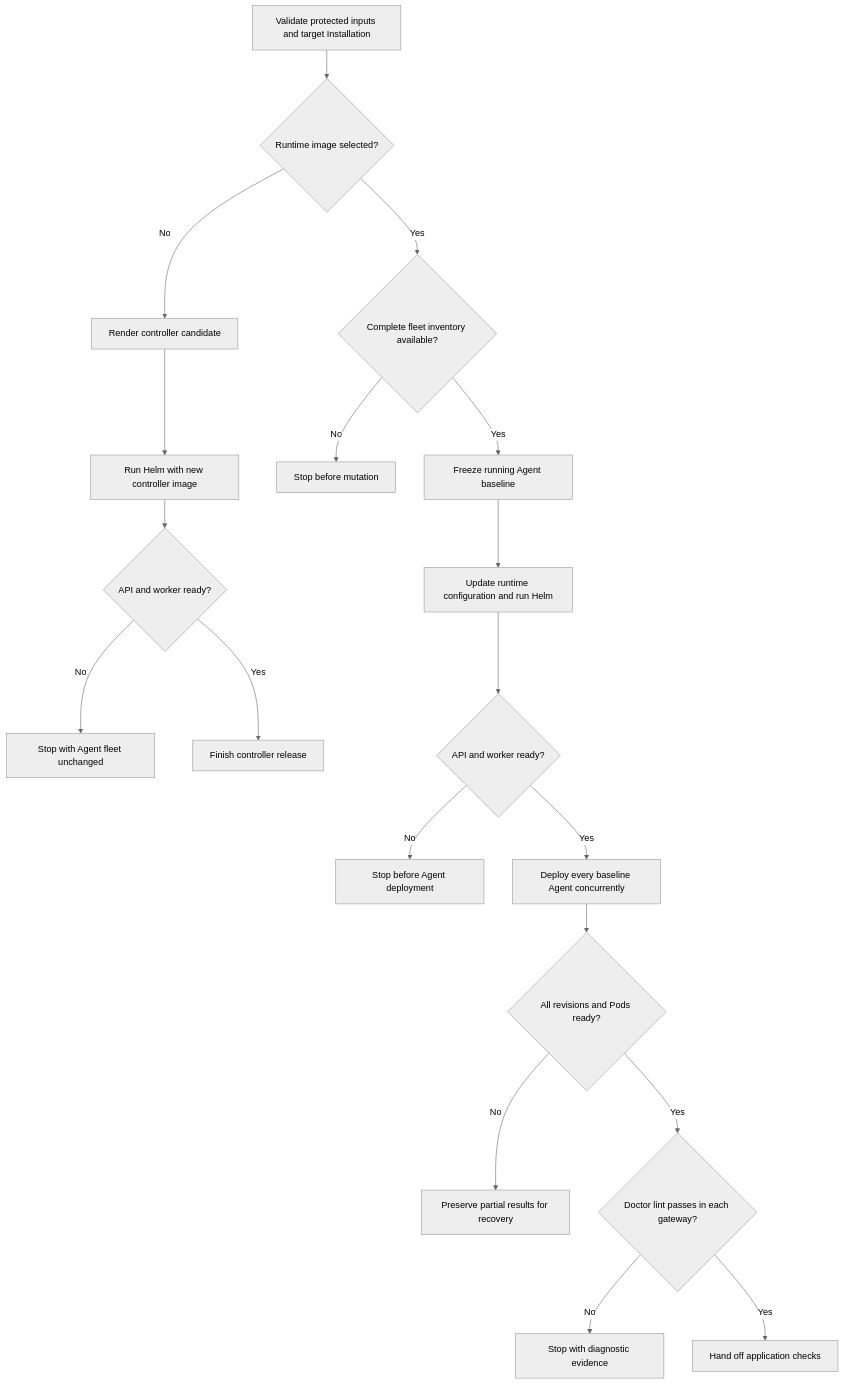
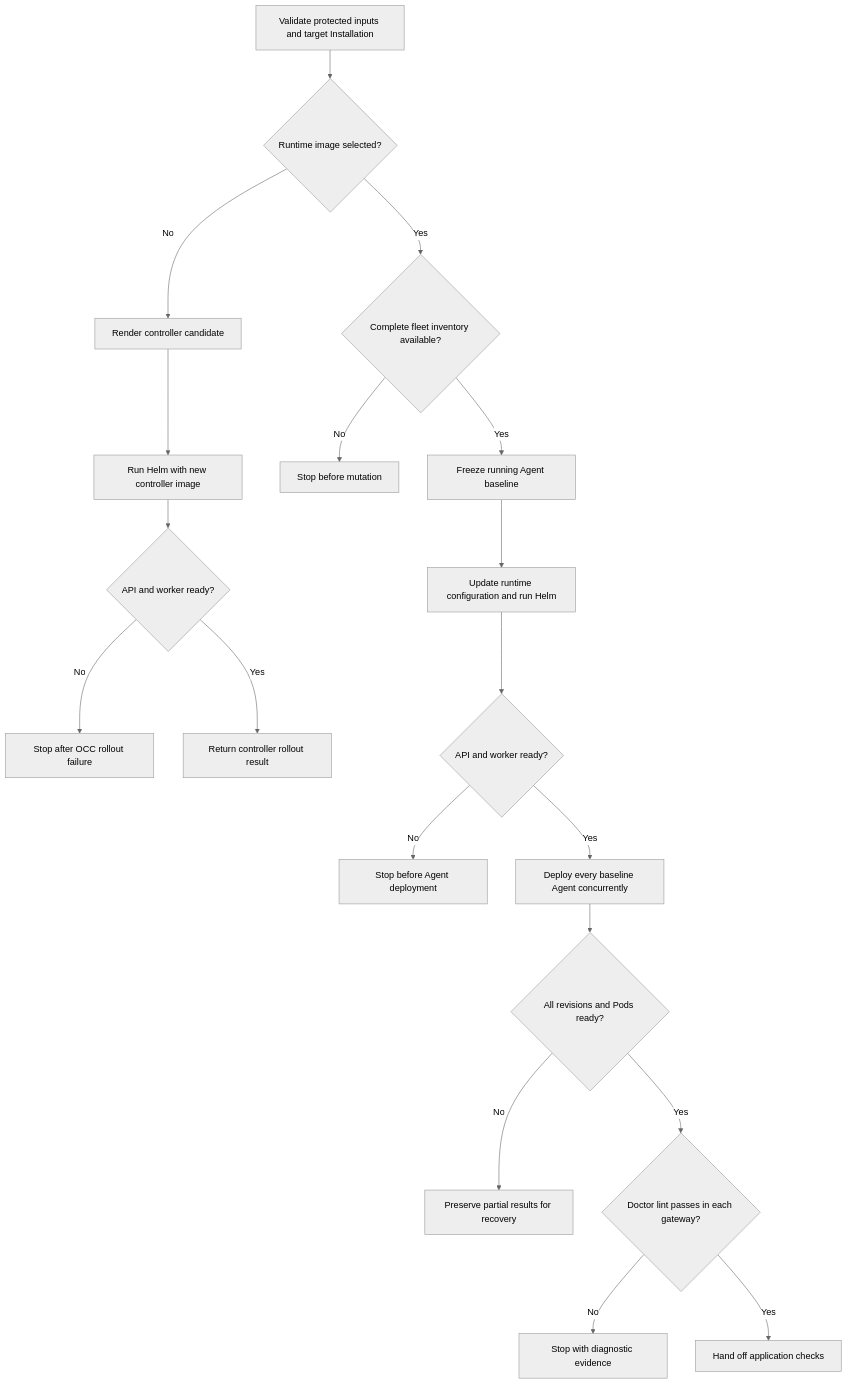
Before and after one commit to openclaw/openclaw-enterprise: the diagram in docs/flows/coordinated-production-upgrade.md, drawn with Mermaid (neutral theme). The commit also changed other lines of this file and 2 other files, not shown here.

Commit message:
docs: plan recovery after broker restart

````diff
--- a/docs/flows/coordinated-production-upgrade.md
+++ b/docs/flows/coordinated-production-upgrade.md
@@ -31,21 +31,21 @@
 ```mermaid
 graph TD
     A["Validate protected inputs and target Installation"] --> B{"Runtime image selected?"}
     B -->|No| C["Render controller candidate"]
     C --> D["Run Helm with new controller image"]
     D --> E{"API and worker ready?"}
-    E -->|No| F["Stop with Agent fleet unchanged"]
-    E -->|Yes| G["Finish controller release"]
+    E -->|No| F["Stop after OCC rollout failure"]
+    E -->|Yes| G["Return controller rollout result"]
     B -->|Yes| H{"Complete fleet inventory available?"}
     H -->|No| I["Stop before mutation"]
     H -->|Yes| J["Freeze running Agent baseline"]
     J --> K["Update runtime configuration and run Helm"]
     K --> L{"API and worker ready?"}
     L -->|No| M["Stop before Agent deployment"]
     L -->|Yes| N["Deploy every baseline Agent concurrently"]
     N --> O{"All revisions and Pods ready?"}
     O -->|No| P["Preserve partial results for recovery"]
     O -->|Yes| Q{"Doctor lint passes in each gateway?"}
     Q -->|No| R["Stop with diagnostic evidence"]
     Q -->|Yes| S["Hand off application checks"]
 ```
````
